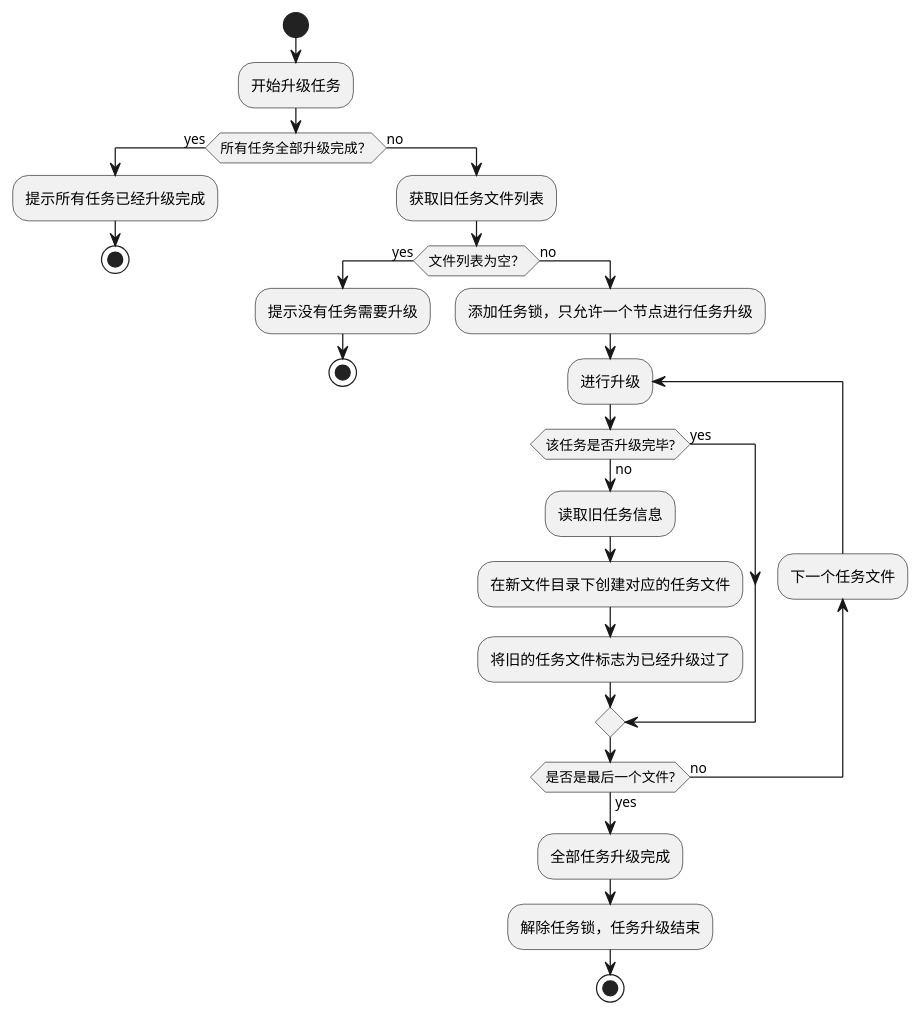
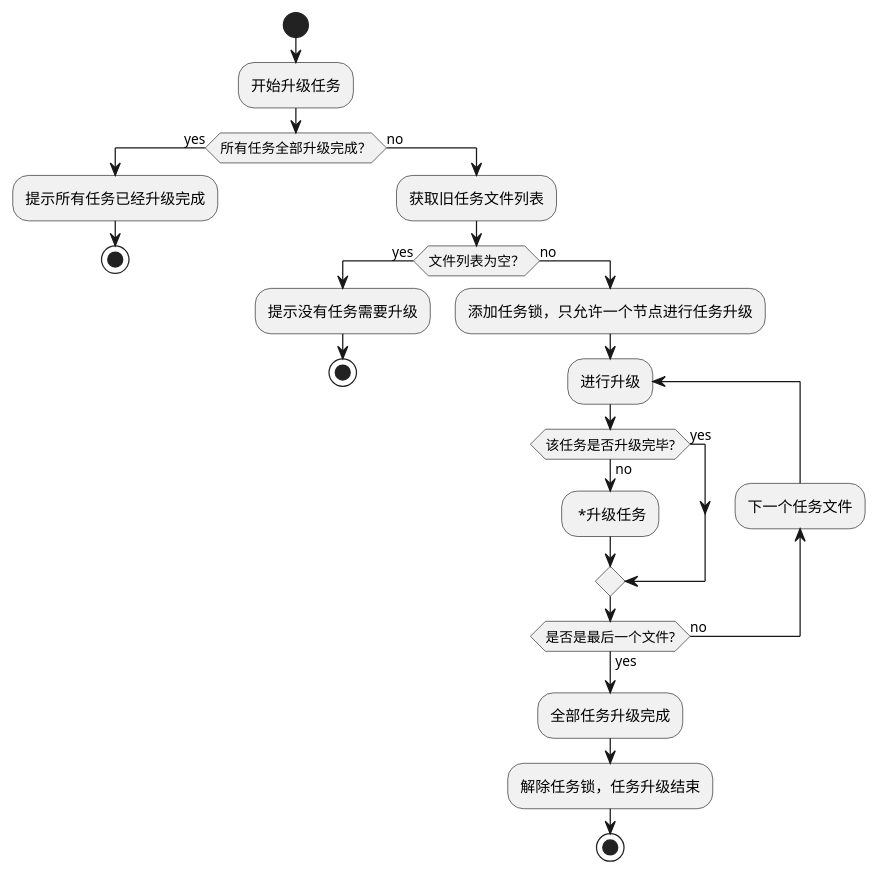
The fifth of 24 diagrams in 东方国信工作资料/compaction/Compaction任务升级方案.md (HarpsealCC/note), drawn with PlantUML before and after one commit. The commit also changed other lines of this file, not shown here.

Commit message:
添加概要设计的一些图例

````diff
--- a/东方国信工作资料/compaction/Compaction任务升级方案.md
+++ b/东方国信工作资料/compaction/Compaction任务升级方案.md
@@ -120,30 +120,28 @@
 ```plantuml
 @startuml
 
 start
 :开始升级任务;
 if(所有任务全部升级完成？) then(yes)
 :提示所有任务已经升级完成;
 stop
 else (no)
     :获取旧任务文件列表;
     if(文件列表为空？) then (yes)
     :提示没有任务需要升级;
     stop
     else (no)
         :添加任务锁，只允许一个节点进行任务升级;
         repeat:进行升级 
             if (该任务是否升级完毕?) then (yes)
             else (no)
-                :读取旧任务信息;
-                :在新文件目录下创建对应的任务文件;
-                :将旧的任务文件标志为已经升级过了;
+                : *升级任务;
             endif
             backward:下一个任务文件;
         repeat while (是否是最后一个文件?)is(no) not(yes)
     :全部任务升级完成;
     :解除任务锁，任务升级结束;
     stop
 
 @enduml
 ```
````
